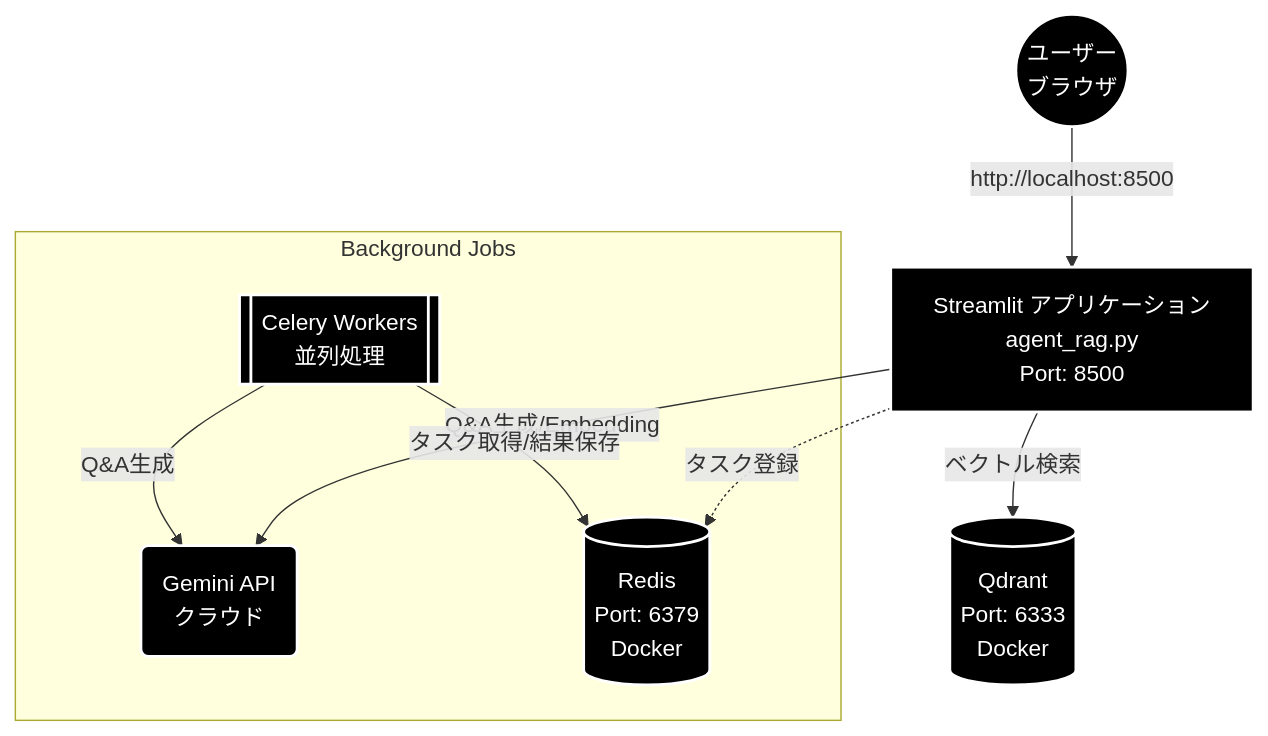
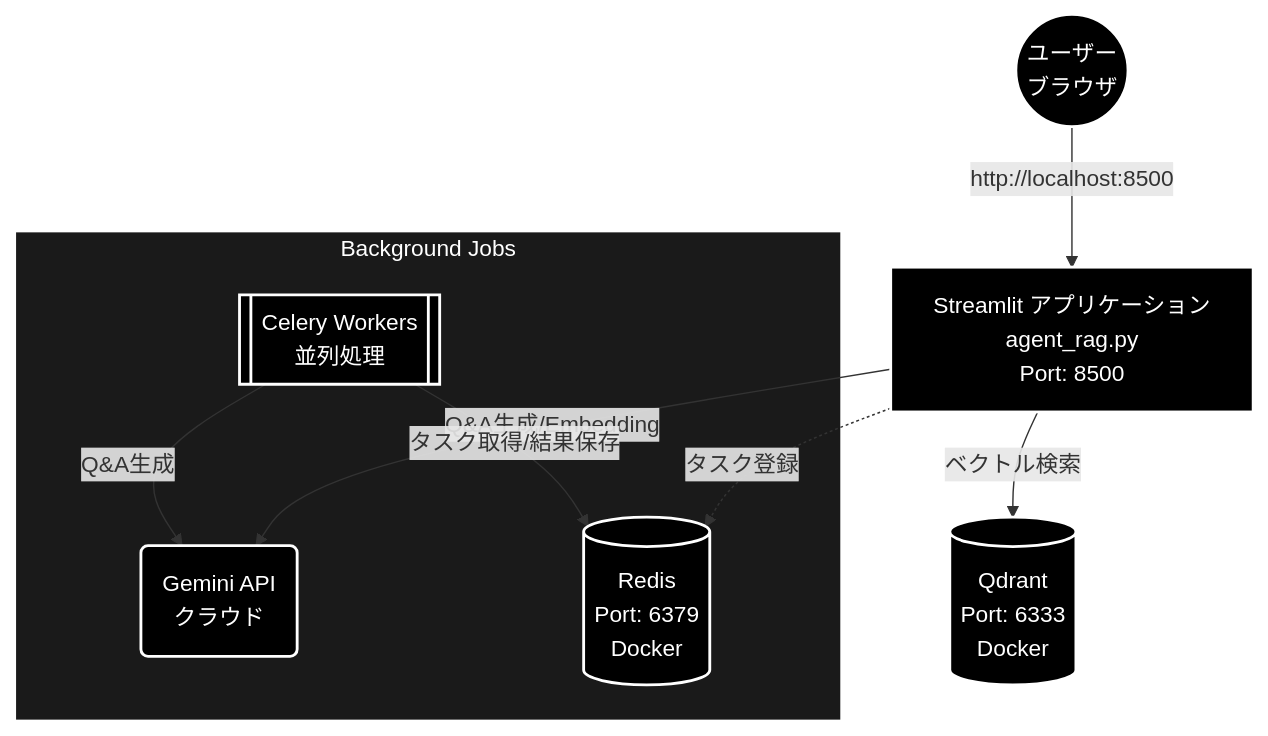
One commit to nakashima2toshio/grace_v2_local changed the diagram in qa_qdrant/docs/01_install.md. Above: the diagram before and after it, drawn with Mermaid. The commit also changed 4 other files, not shown here.

First line of the commit message:
docs: Mermaid 26 図に黒背景スタイルを適用する

````diff
--- a/qa_qdrant/docs/01_install.md
+++ b/qa_qdrant/docs/01_install.md
@@ -68,21 +68,25 @@
 ```mermaid
 graph TD
     User((ユーザー<br>ブラウザ)) -->|http://localhost:8500| Streamlit[Streamlit アプリケーション<br>agent_rag.py<br>Port: 8500]
   
     Streamlit -->|Q&A生成/Embedding| Gemini(Gemini API<br>クラウド)
     Streamlit -->|ベクトル検索| Qdrant[(Qdrant<br>Port: 6333<br>Docker)]
     Streamlit -.->|タスク登録| Redis[(Redis<br>Port: 6379<br>Docker)]
   
-    subgraph Background Jobs
+    subgraph BGJOBS["Background Jobs"]
         Celery[[Celery Workers<br>並列処理]]
         Celery -->|タスク取得/結果保存| Redis
         Celery -->|Q&A生成| Gemini
     end
 
     style User fill:#000,stroke:#fff,stroke-width:2px,color:#fff
     style Streamlit fill:#000,stroke:#fff,stroke-width:2px,color:#fff
     style Gemini fill:#000,stroke:#fff,stroke-width:2px,color:#fff
     style Qdrant fill:#000,stroke:#fff,stroke-width:2px,color:#fff
     style Redis fill:#000,stroke:#fff,stroke-width:2px,color:#fff
     style Celery fill:#000,stroke:#fff,stroke-width:2px,color:#fff
+classDef default fill:#000,stroke:#fff,color:#fff
+classDef subgraphStyle fill:#1a1a1a,stroke:#fff,color:#fff
+class Streamlit,Gemini,Qdrant,Redis,Celery default
+style BGJOBS fill:#1a1a1a,stroke:#fff,color:#fff
 ```
````
